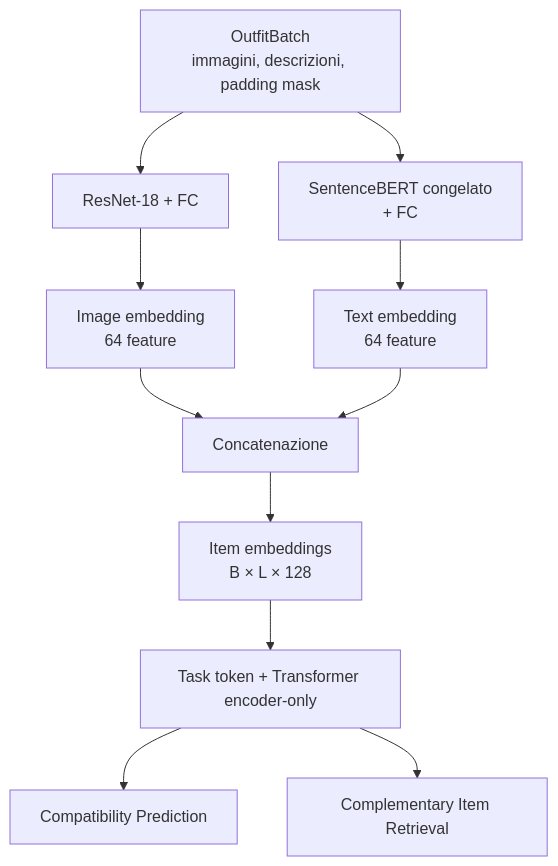
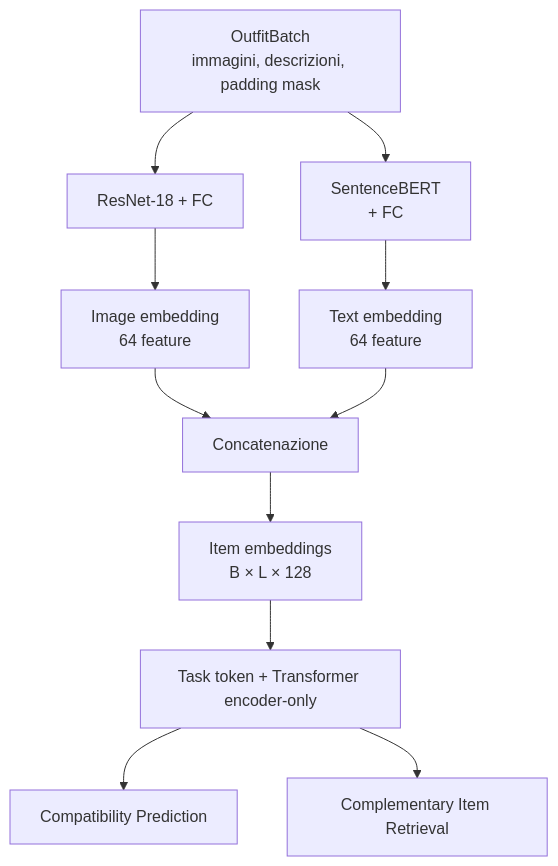
Before and after one commit to FlorindoDev/OutfitTransformer: the diagram in model/common/README.md, drawn with Mermaid. The commit also changed 2 other files, not shown here.

Commit message:
gitignore e readme

````diff
--- a/model/common/README.md
+++ b/model/common/README.md
@@ -23,18 +23,18 @@
 ```mermaid
 flowchart TD
     A["OutfitBatch<br/>immagini, descrizioni, padding mask"]
 
     A --> B["ResNet-18 + FC"]
-    A --> C["SentenceBERT congelato<br/>+ FC"]
+    A --> C["SentenceBERT <br/>+ FC"]
 
     B --> D["Image embedding<br/>64 feature"]
     C --> E["Text embedding<br/>64 feature"]
 
     D --> F["Concatenazione"]
     E --> F
     F --> G["Item embeddings<br/>B × L × 128"]
 
     G --> H["Task token + Transformer encoder-only"]
     H --> I["Compatibility Prediction"]
     H --> J["Complementary Item Retrieval"]
 ```
````
